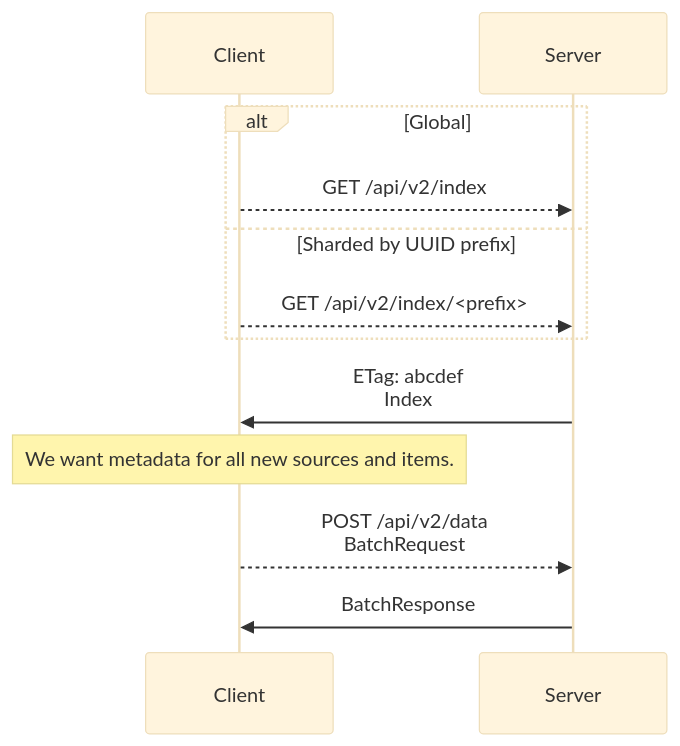
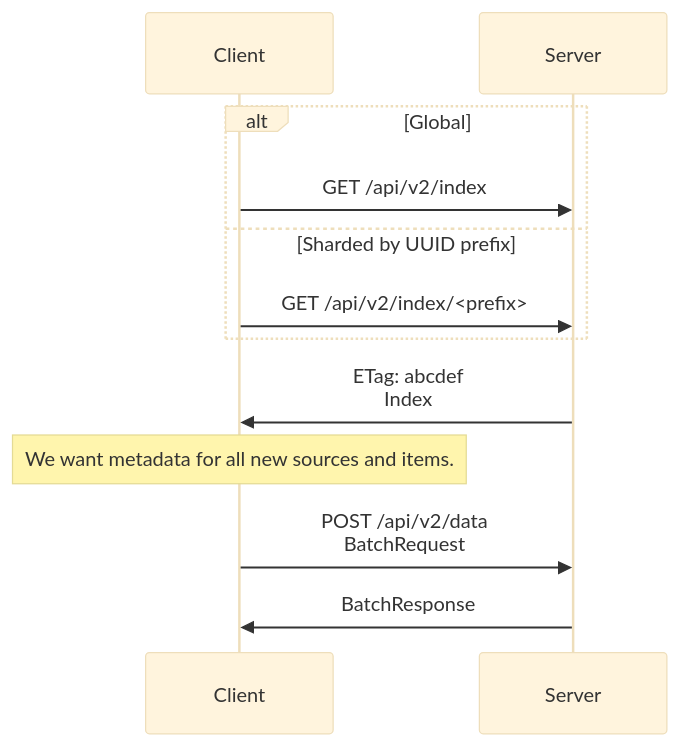
One commit to ppker/securedrop changed the first of 4 diagrams in API2.md. Above: the diagram before and after it, drawn with Mermaid (base theme). The commit also changed other lines of this file, not shown here.

Commit message:
docs: all API calls are synchronous

````diff
--- a/API2.md
+++ b/API2.md
@@ -72,16 +72,16 @@
 ```mermaid
 sequenceDiagram
 participant Client
 participant Server
 
 alt Global
-    Client -->> Server: GET /api/v2/index
+    Client ->> Server: GET /api/v2/index
 else Sharded by UUID prefix
-    Client -->> Server: GET /api/v2/index/<prefix>
+    Client ->> Server: GET /api/v2/index/<prefix>
 end
 
 Server ->> Client: ETag: abcdef<br>Index
 Note over Client: We want metadata for all new sources and items.
-Client -->> Server: POST /api/v2/data<br>BatchRequest
+Client ->> Server: POST /api/v2/data<br>BatchRequest
 Server ->> Client: BatchResponse
 ```
````
